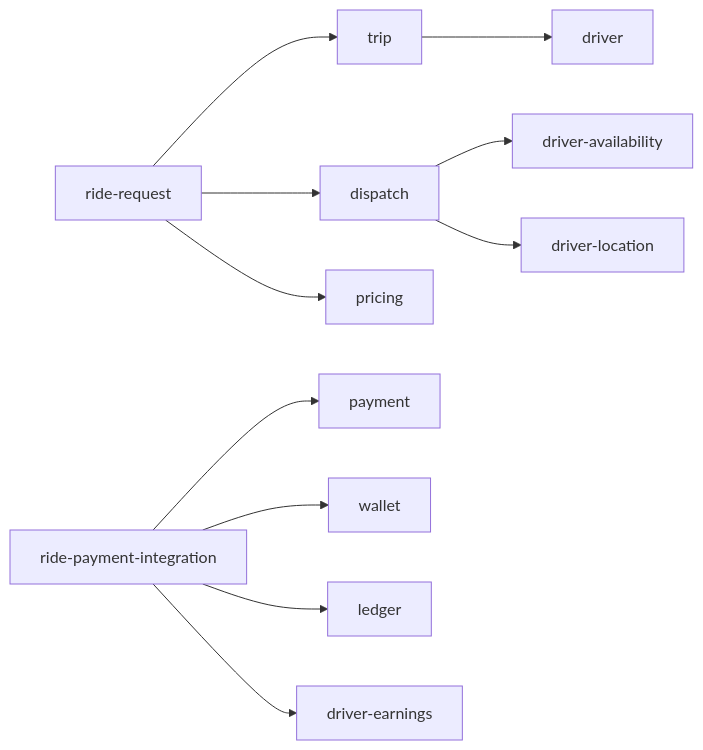
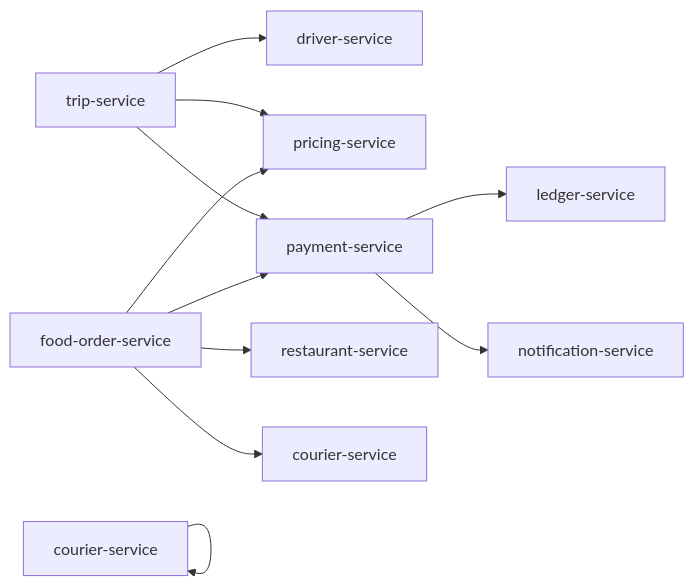
The diagram in docs/architecture/VALIDATION_REPORT.md (mohamedhabibwork/trips-enjoy-docs), drawn with Mermaid before and after one commit. The commit also changed other lines of this file and 245 other files, not shown here.

First line of the commit message:
docs: Update accounting, courier, driver, food order, payment, refund, and ride workflows

````diff
--- a/docs/architecture/VALIDATION_REPORT.md
+++ b/docs/architecture/VALIDATION_REPORT.md
@@ -83,13 +99,13 @@
 ```mermaid
 graph LR
-    RR[ride-request] --> TR[trip]
-    RR --> DSP[dispatch]
-    RR --> PRC[pricing]
-    DSP --> DA[driver-availability]
-    DSP --> DL[driver-location]
-    TR --> DRV[driver]
-    RPI[ride-payment-integration] --> PAY[payment]
-    RPI --> WLT[wallet]
-    RPI --> LDG[ledger]
-    RPI --> DEN[driver-earnings]
+    TR[trip-service] --> DRV[driver-service]
+    TR --> PRC[pricing-service]
+    TR --> PAY[payment-service]
+    FOS[food-order-service] --> RES[restaurant-service]
+    FOS --> COU[courier-service]
+    FOS --> PAY
+    FOS --> PRC
+    PAY --> LDG[ledger-service]
+    PAY --> NOT[notification-service]
+    CUR[courier-service] --> CUR
 ```
````
